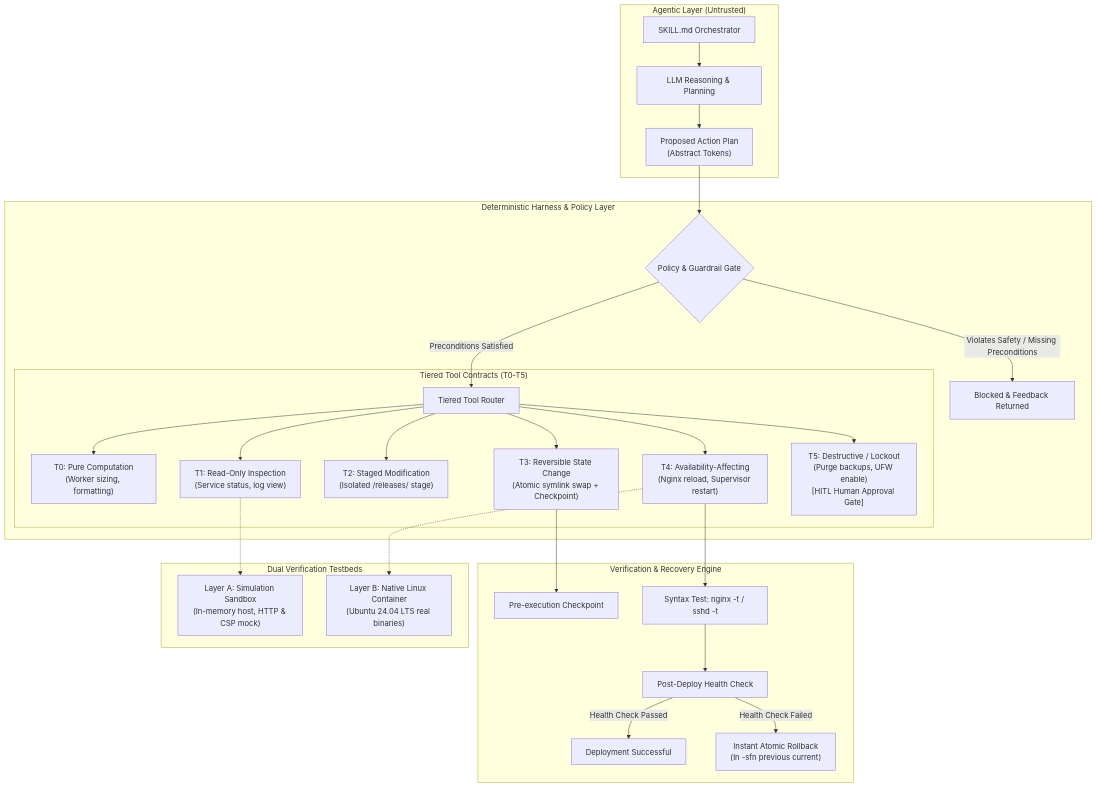
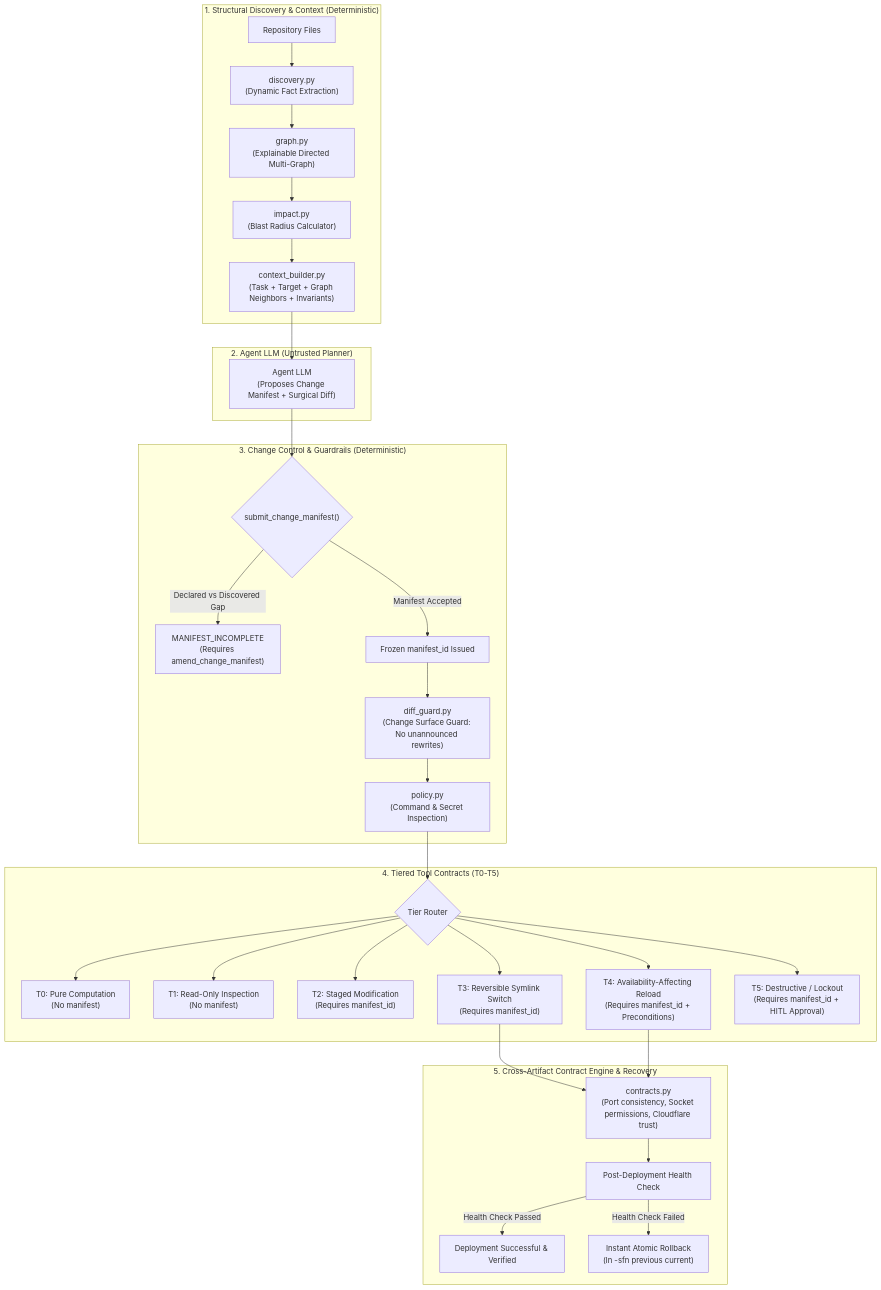
Before and after one commit to kartorhys-ship-it/fullstack-deployment-skill: the diagram in README.md, drawn with Mermaid. The commit also changed other lines of this file and 1 other file, not shown here.

Commit message:
docs: document Deterministic Change Intelligence architecture, ablation benchmarks, and experiment log

````diff
--- a/README.md
+++ b/README.md
@@ -20,35 +27,38 @@
 ```mermaid
 flowchart TD
-    subgraph AgenticLayer["Agentic Layer (Untrusted)"]
-        A[SKILL.md Orchestrator] --> B[LLM Reasoning & Planning]
-        B --> C["Proposed Action Plan\n(Abstract <SECRET_REF_*> Tokens)"]
+    subgraph DiscoveryLayer["1. Structural Discovery & Context (Deterministic)"]
+        A[Repository Files] --> B["discovery.py\n(Dynamic Fact Extraction)"]
+        B --> C["graph.py\n(Explainable Directed Multi-Graph)"]
+        C --> D["impact.py\n(Blast Radius Calculator)"]
+        D --> E["context_builder.py\n(Task + Target + Graph Neighbors + Invariants)"]
     end
 
-    subgraph DeterministicHarness["Deterministic Harness & Policy Layer"]
-        C --> D{Policy & Guardrail Gate}
-        D -- "Violates Safety / Missing Preconditions" --> E["Blocked & Feedback Returned"]
-        D -- "Preconditions Satisfied" --> F[Tiered Tool Router]
-        
-        subgraph ToolTiers["Tiered Tool Contracts (T0-T5)"]
-            F --> T0["T0: Pure Computation\n(Worker sizing, formatting)"]
-            F --> T1["T1: Read-Only Inspection\n(Service status, log view)"]
-            F --> T2["T2: Staged Modification\n(Isolated /releases/<ts> stage)"]
-            F --> T3["T3: Reversible State Change\n(Atomic symlink swap + Checkpoint)"]
-            F --> T4["T4: Availability-Affecting\n(Nginx reload, Supervisor restart)"]
-            F --> T5["T5: Destructive / Lockout\n(Purge backups, UFW enable)\n[HITL Human Approval Gate]"]
-        end
+    subgraph AgenticLayer["2. Agent LLM (Untrusted Planner)"]
+        E --> F["Agent LLM\n(Proposes Change Manifest + Surgical Diff)"]
     end
 
-    subgraph VerificationEngine["Verification & Recovery Engine"]
-        T3 --> V1[Pre-execution Checkpoint]
-        T4 --> V2[Syntax Test: nginx -t / sshd -t]
-        V2 --> V3[Post-Deploy Health Check]
-        V3 -- "Health Check Passed" --> S1[Deployment Successful]
-        V3 -- "Health Check Failed" --> S2["Instant Atomic Rollback\n(ln -sfn previous current)"]
+    subgraph GatekeeperLayer["3. Change Control & Guardrails (Deterministic)"]
+        F --> G{"submit_change_manifest()"}
+        G -- "Declared vs Discovered Gap" --> H["MANIFEST_INCOMPLETE\n(Requires amend_change_manifest)"]
+        G -- "Manifest Accepted" --> I["Frozen manifest_id Issued"]
+        I --> J["diff_guard.py\n(Change Surface Guard: No unannounced rewrites)"]
+        J --> K["policy.py\n(Command & Secret Inspection)"]
     end
 
-    subgraph Testbeds["Dual Verification Testbeds"]
-        T1 -.-> L1["Layer A: Simulation Sandbox\n(In-memory host, HTTP & CSP mock)"]
-        T4 -.-> L2["Layer B: Native Linux Container\n(Ubuntu 24.04 LTS real binaries)"]
+    subgraph ExecutionLayer["4. Tiered Tool Contracts (T0-T5)"]
+        K --> L{Tier Router}
+        L --> T0["T0: Pure Computation\n(No manifest)"]
+        L --> T1["T1: Read-Only Inspection\n(No manifest)"]
+        L --> T2["T2: Staged Modification\n(Requires manifest_id)"]
+        L --> T3["T3: Reversible Symlink Switch\n(Requires manifest_id)"]
+        L --> T4["T4: Availability-Affecting Reload\n(Requires manifest_id + Preconditions)"]
+        L --> T5["T5: Destructive / Lockout\n(Requires manifest_id + HITL Approval)"]
+    end
+
+    subgraph VerificationLayer["5. Cross-Artifact Contract Engine & Recovery"]
+        T3 & T4 --> M["contracts.py\n(Port consistency, Socket permissions, Cloudflare trust)"]
+        M --> V1[Post-Deployment Health Check]
+        V1 -- "Health Check Passed" --> S1[Deployment Successful & Verified]
+        V1 -- "Health Check Failed" --> S2["Instant Atomic Rollback\n(ln -sfn previous current)"]
     end
 ```
````
